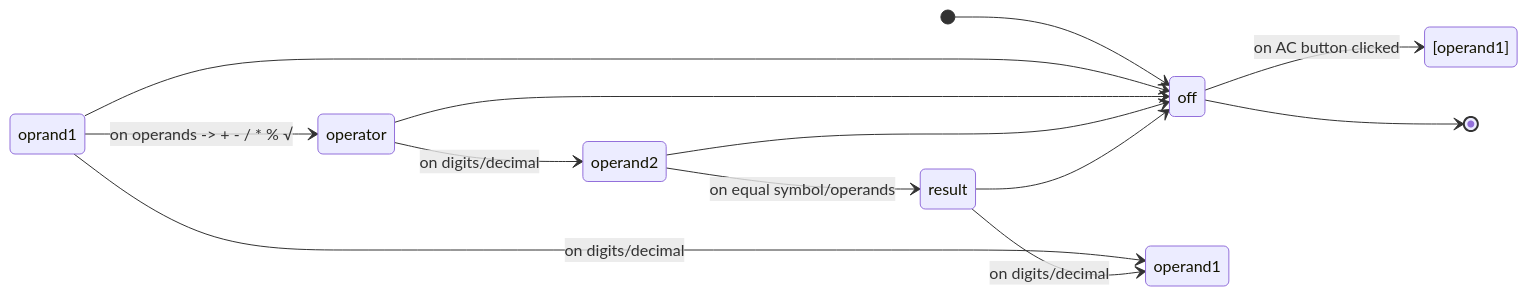
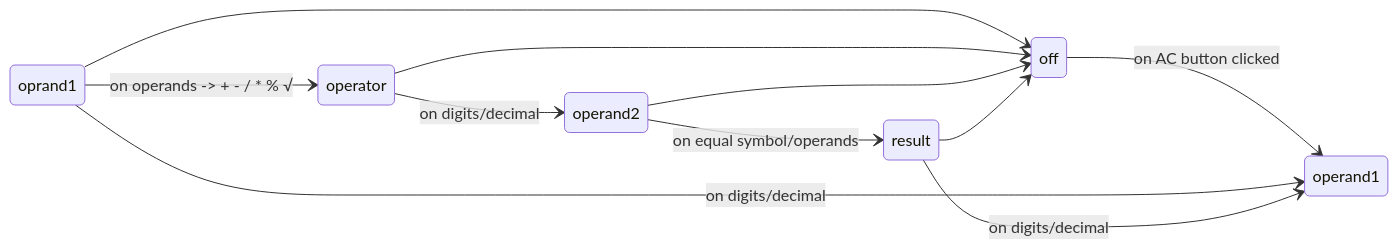
Before and after one commit to noushad-pp/react-retro-calculator: the diagram in README.md, drawn with Mermaid.

Commit message:
Improvements

````diff
--- a/README.md
+++ b/README.md
@@ -25,21 +25,19 @@
 ```mermaid
 stateDiagram-v2
     direction LR
 
-    [*] --> off
-    off --> [operand1]: on AC button clicked
+    off --> operand1: on AC button clicked
 
     oprand1 --> off
     oprand1 --> operand1: on digits/decimal
     oprand1 --> operator: on operands -> + - / * % √
 
     operator --> off
     operator --> operand2: on digits/decimal
 
     operand2 --> off
     operand2 --> result: on equal symbol/operands
 
     result --> operand1: on digits/decimal
     result --> off
-    off --> [*]
 ```
````
